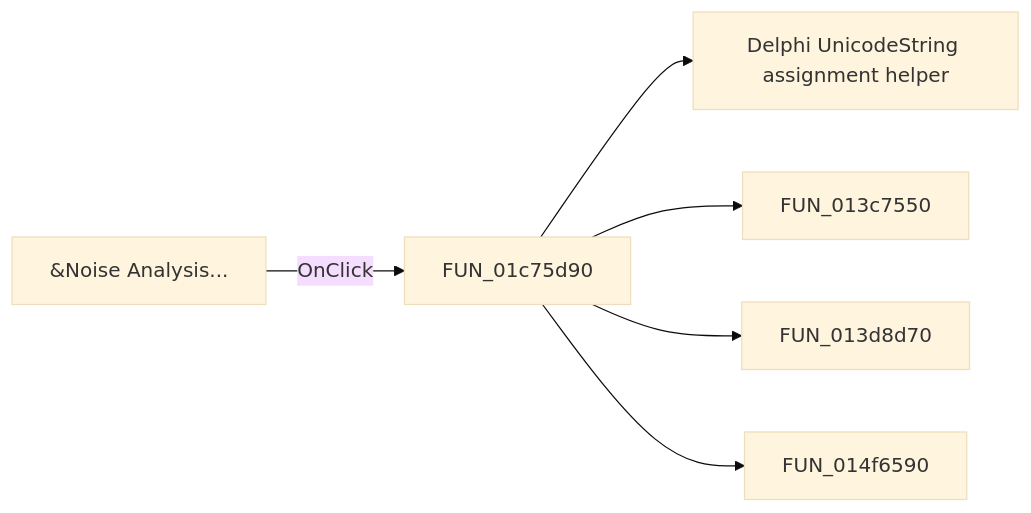
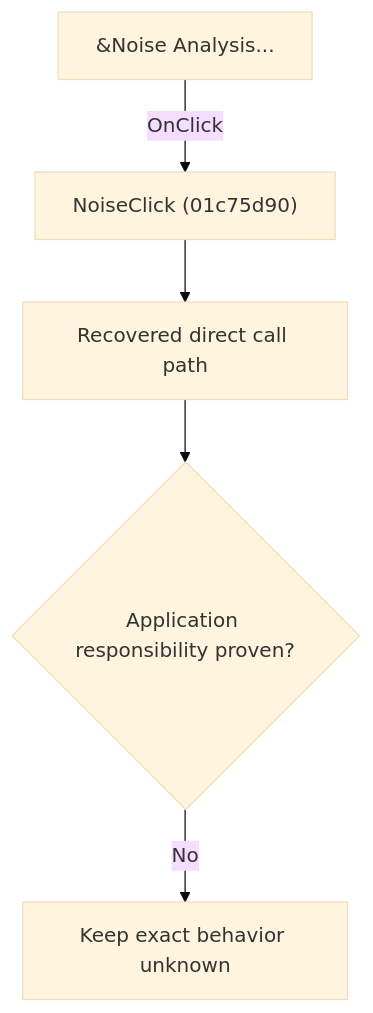
Before and after one commit to MovGP0/TIARA: the diagram in docs/ui-controls/schematiceditor/noise-c3e9f8c67c.md, drawn with Mermaid (base theme). The commit also changed other lines of this file and 1062 other files, not shown here.

````diff
--- a/docs/ui-controls/schematiceditor/noise-c3e9f8c67c.md
+++ b/docs/ui-controls/schematiceditor/noise-c3e9f8c67c.md
@@ -27,8 +27,7 @@
 ```mermaid
-flowchart LR
-    control["&Noise Analysis..."] -->|OnClick| handler["FUN_01c75d90"]
-    handler --> call1["Delphi UnicodeString assignment helper"]
-    handler --> call2["FUN_013c7550"]
-    handler --> call3["FUN_013d8d70"]
-    handler --> call4["FUN_014f6590"]
+flowchart TD
+    control["&Noise Analysis..."] -->|"OnClick"| handler["NoiseClick (01c75d90)"]
+    handler --> recovered["Recovered direct call path"]
+    recovered --> gap{"Application responsibility proven?"}
+    gap -->|"No"| blocked["Keep exact behavior unknown"]
 ```
````
